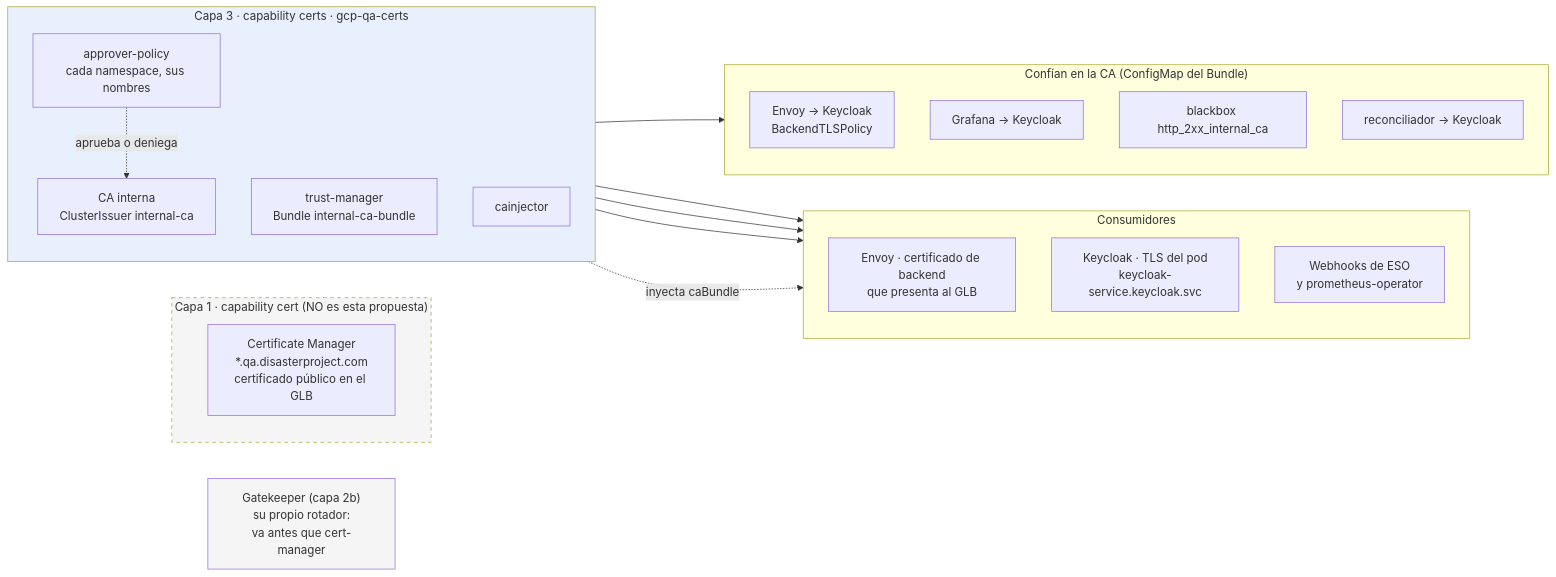
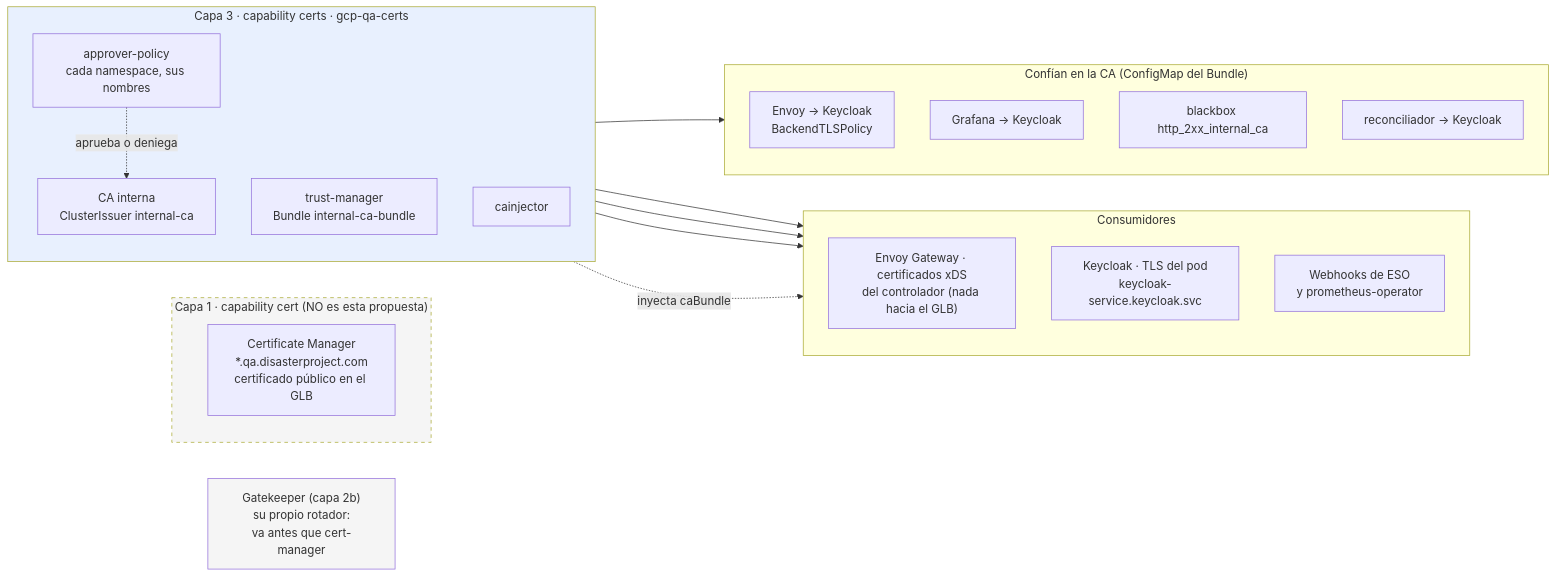
The diagram in docs/es/proposals/cert-manager-qa/diagrams/01-contexto.mmd (aescanero/proposal_documents), drawn with Mermaid before and after one commit. The commit also changed 53 other files, not shown here.

First line of the commit message:
Edge depends only downward: GLB to Envoy over HTTP (en and es)

```diff
--- a/docs/es/proposals/cert-manager-qa/diagrams/01-contexto.mmd
+++ b/docs/es/proposals/cert-manager-qa/diagrams/01-contexto.mmd
@@ -1,40 +1,40 @@
 flowchart LR
     subgraph EDGE["Capa 1 · capability cert (NO es esta propuesta)"]
         CM["Certificate Manager<br/>*.qa.disasterproject.com<br/>certificado público en el GLB"]
     end
 
     subgraph L3["Capa 3 · capability certs · gcp-qa-certs"]
         direction TB
         CA["CA interna<br/>ClusterIssuer internal-ca"]
         AP["approver-policy<br/>cada namespace, sus nombres"]
         TM["trust-manager<br/>Bundle internal-ca-bundle"]
         CI["cainjector"]
     end
 
     subgraph CONS["Consumidores"]
         direction TB
-        GW["Envoy · certificado de backend<br/>que presenta al GLB"]
+        GW["Envoy Gateway · certificados xDS<br/>del controlador (nada hacia el GLB)"]
         KC["Keycloak · TLS del pod<br/>keycloak-service.keycloak.svc"]
         WH["Webhooks de ESO<br/>y prometheus-operator"]
     end
 
     subgraph TRUST["Confían en la CA (ConfigMap del Bundle)"]
         direction TB
         E2["Envoy → Keycloak<br/>BackendTLSPolicy"]
         G2["Grafana → Keycloak"]
         B2["blackbox http_2xx_internal_ca"]
         R2["reconciliador → Keycloak"]
     end
 
     GK["Gatekeeper (capa 2b)<br/>su propio rotador:<br/>va antes que cert-manager"]
 
     CA --> GW
     CA --> KC
     CA --> WH
     AP -. "aprueba o deniega" .-> CA
     CI -. "inyecta caBundle" .-> WH
     TM --> TRUST
 
     style EDGE fill:#f5f5f5,stroke-dasharray: 5 5
     style L3 fill:#e8f0fe
     style GK fill:#f5f5f5
```
